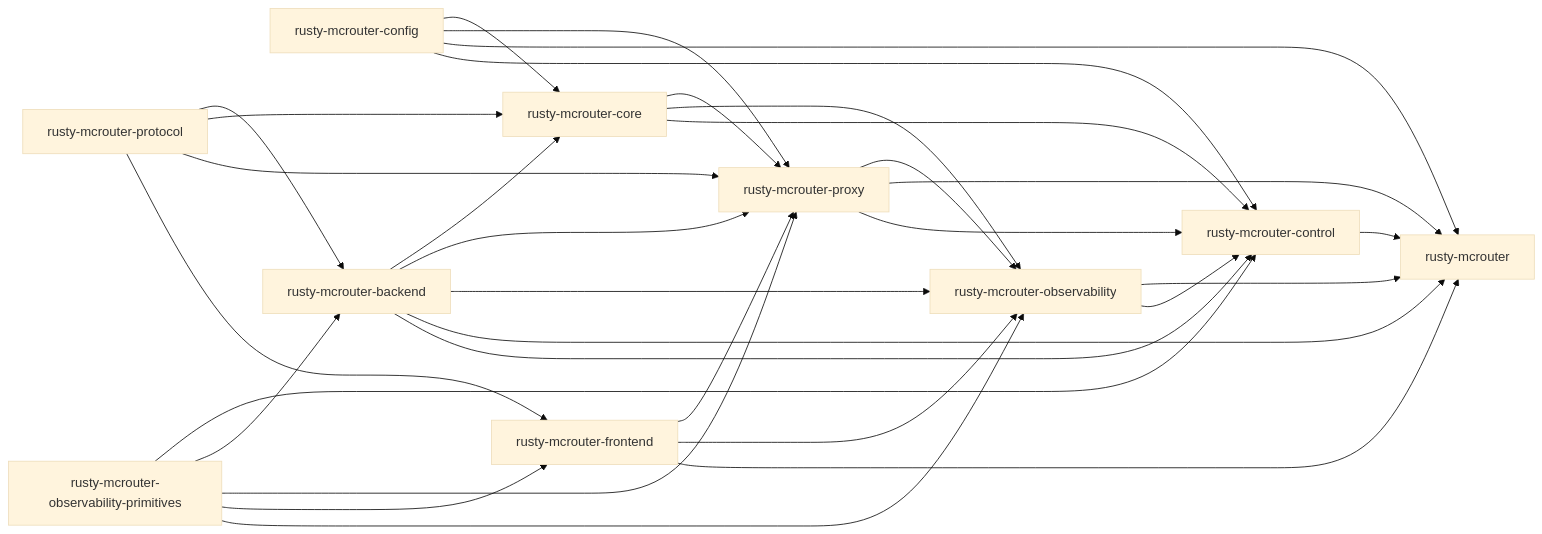
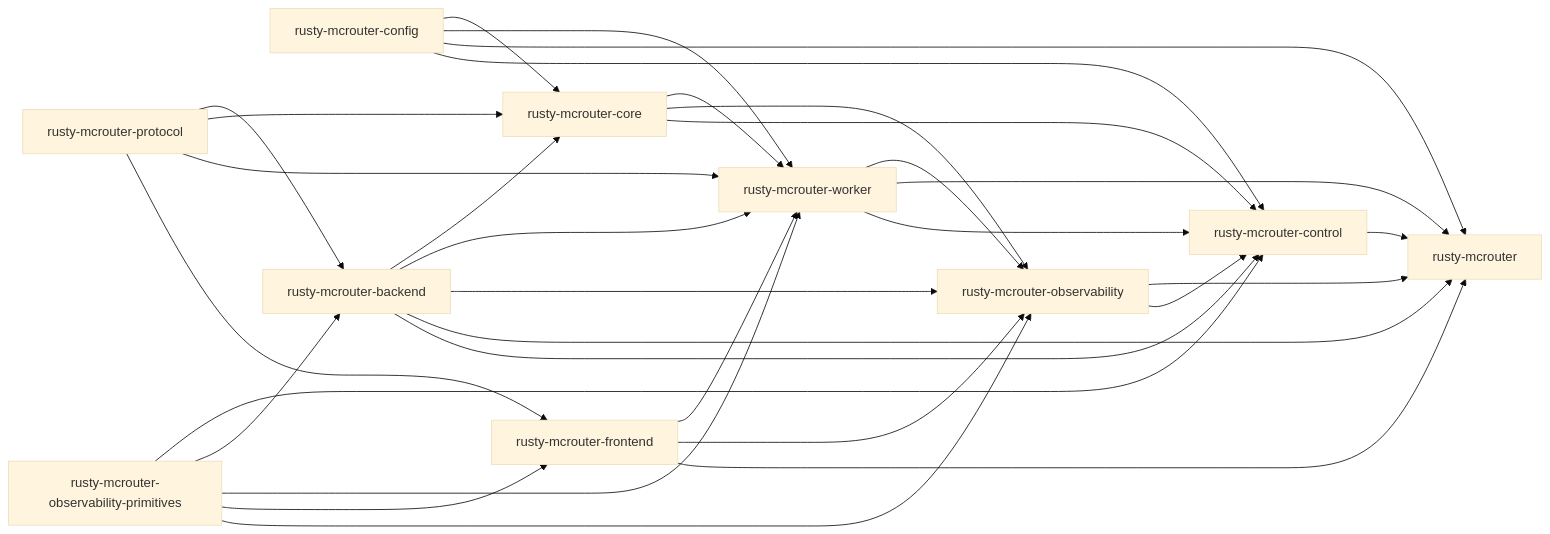
Before and after one commit to raydatray/rusty-mcrouter: the first of 3 diagrams in docs/architecture/README.md, drawn with Mermaid (base theme). The commit also changed other lines of this file and 31 other files, not shown here.

Commit message:
[2/3][worker] rename proxy crate and worker-facing declarations

````diff
--- a/docs/architecture/README.md
+++ b/docs/architecture/README.md
@@ -24,44 +24,44 @@
 ```mermaid
 flowchart LR
     P[rusty-mcrouter-protocol]
     K[rusty-mcrouter-config]
     Q[rusty-mcrouter-observability-primitives]
     B[rusty-mcrouter-backend]
     C[rusty-mcrouter-core]
     F[rusty-mcrouter-frontend]
-    X[rusty-mcrouter-proxy]
+    X[rusty-mcrouter-worker]
     O[rusty-mcrouter-observability]
     T[rusty-mcrouter-control]
     R[rusty-mcrouter]
 
     P --> B
     P --> C
     P --> X
     P --> F
     K --> C
     K --> X
     B --> C
     B --> X
     C --> X
     F --> X
     B --> O
     C --> O
     F --> O
     X --> O
     K --> R
     B --> R
     F --> R
     X --> R
     O --> R
     K --> T
     B --> T
     C --> T
     X --> T
     O --> T
     Q --> T
     T --> R
     Q --> B
     Q --> X
     Q --> F
     Q --> O
 ```
````
